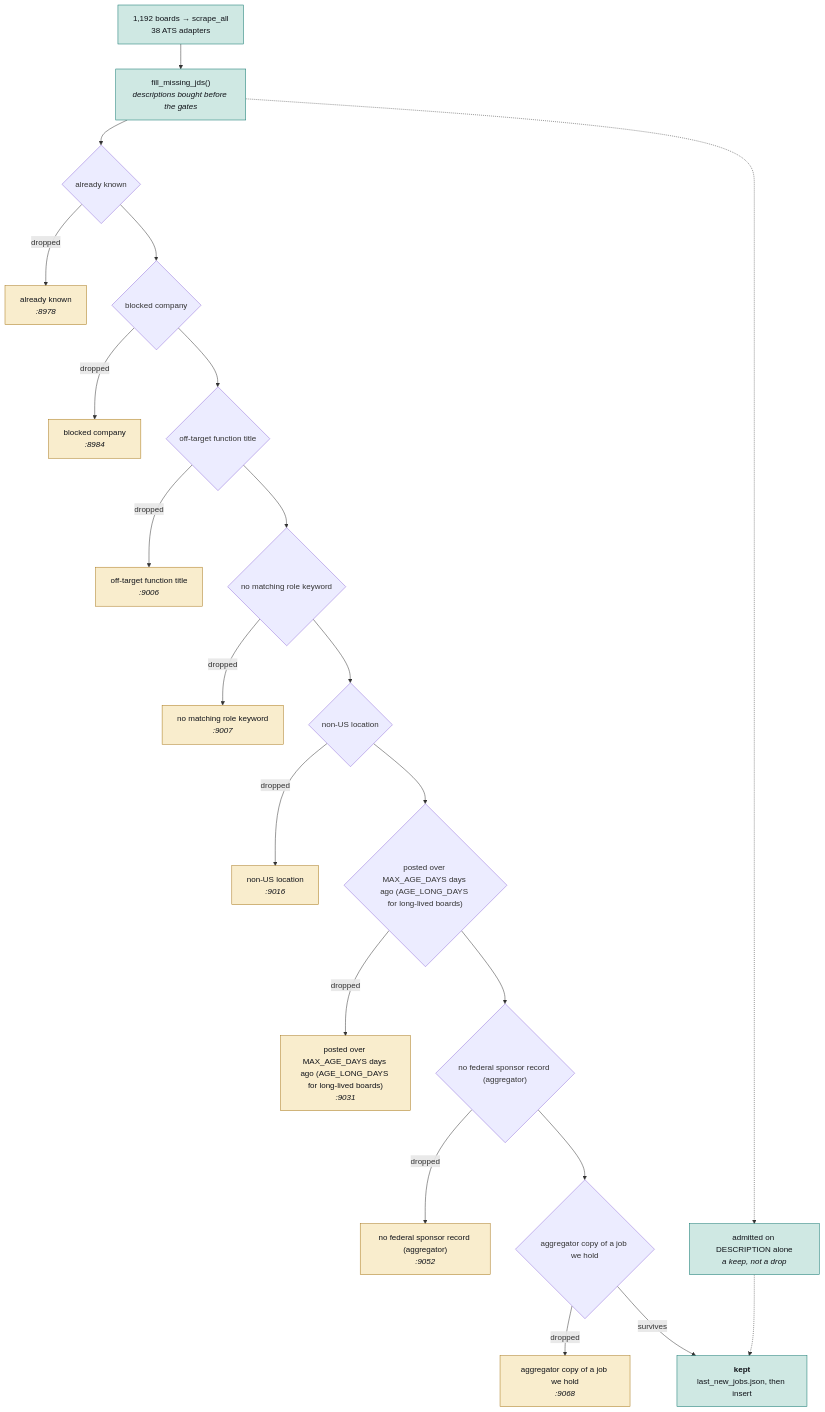
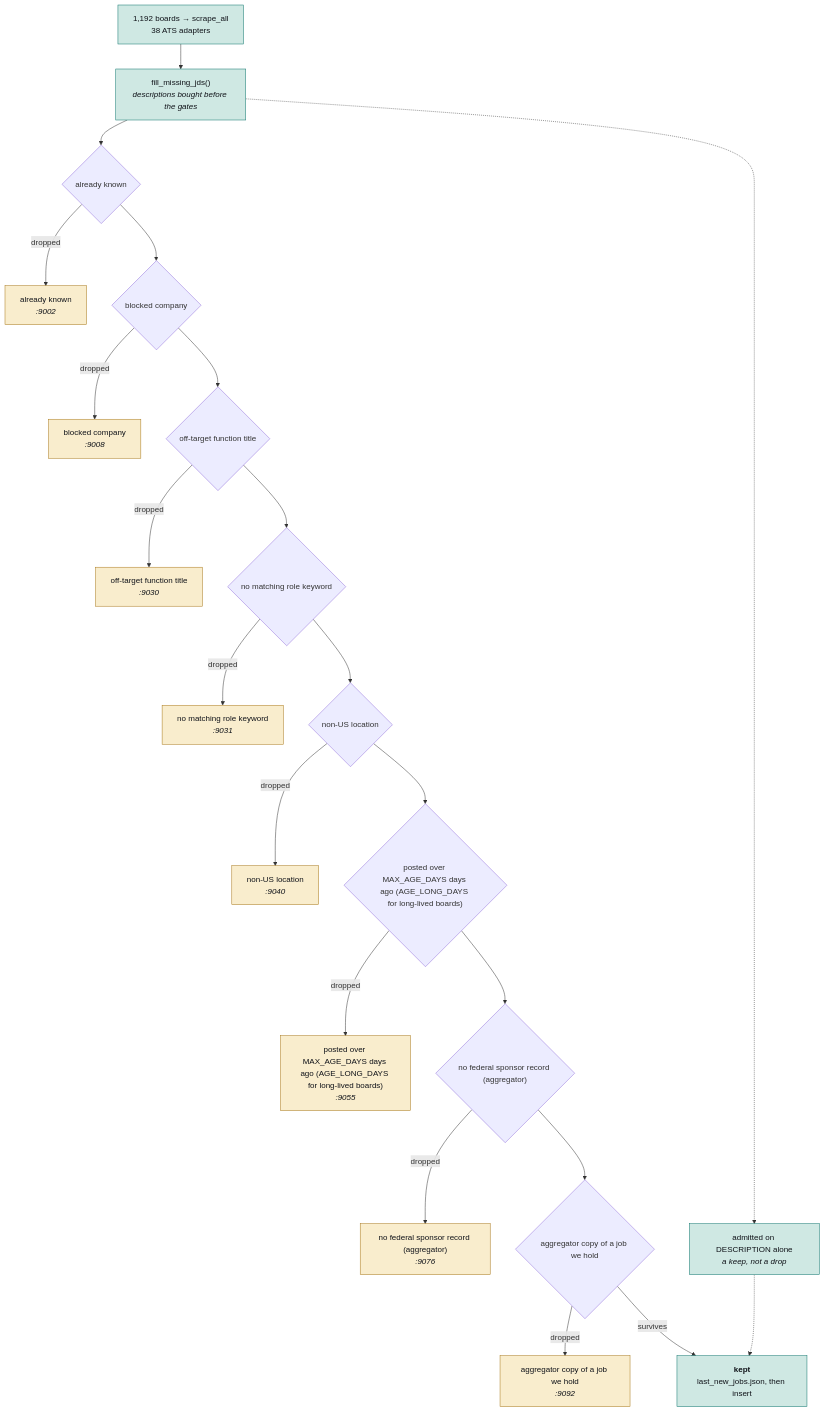
One commit to hadakunal909-debug/job-search-tool changed the second of 4 diagrams in JobMatch Scraper/docs/ARCHITECTURE.md. Above: the diagram before and after it, drawn with Mermaid. The commit also changed other lines of this file and 7 other files, not shown here.

````diff
--- a/JobMatch Scraper/docs/ARCHITECTURE.md
+++ b/JobMatch Scraper/docs/ARCHITECTURE.md
@@ -106,54 +106,54 @@
 ```mermaid
 flowchart TB
   SRC["1,192 boards → scrape_all<br/>38 ATS adapters"]
   JD["fill_missing_jds()<br/><i>descriptions bought before the gates</i>"]
   SRC --> JD
   G0{"already known"}
-  D0["already known<br/><i>:8978</i>"]
+  D0["already known<br/><i>:9002</i>"]
   JD --> G0
   G0 -->|dropped| D0
   class D0 trap
   G1{"blocked company"}
-  D1["blocked company<br/><i>:8984</i>"]
+  D1["blocked company<br/><i>:9008</i>"]
   G0 --> G1
   G1 -->|dropped| D1
   class D1 trap
   G2{"off-target function title"}
-  D2["off-target function title<br/><i>:9006</i>"]
+  D2["off-target function title<br/><i>:9030</i>"]
   G1 --> G2
   G2 -->|dropped| D2
   class D2 trap
   G3{"no matching role keyword"}
-  D3["no matching role keyword<br/><i>:9007</i>"]
+  D3["no matching role keyword<br/><i>:9031</i>"]
   G2 --> G3
   G3 -->|dropped| D3
   class D3 trap
   G4{"non-US location"}
-  D4["non-US location<br/><i>:9016</i>"]
+  D4["non-US location<br/><i>:9040</i>"]
   G3 --> G4
   G4 -->|dropped| D4
   class D4 trap
   G5{"posted over MAX_AGE_DAYS days ago (AGE_LONG_DAYS for long-lived boards)"}
-  D5["posted over MAX_AGE_DAYS days ago (AGE_LONG_DAYS for long-lived boards)<br/><i>:9031</i>"]
+  D5["posted over MAX_AGE_DAYS days ago (AGE_LONG_DAYS for long-lived boards)<br/><i>:9055</i>"]
   G4 --> G5
   G5 -->|dropped| D5
   class D5 trap
   G6{"no federal sponsor record (aggregator)"}
-  D6["no federal sponsor record (aggregator)<br/><i>:9052</i>"]
+  D6["no federal sponsor record (aggregator)<br/><i>:9076</i>"]
   G5 --> G6
   G6 -->|dropped| D6
   class D6 trap
   G7{"aggregator copy of a job we hold"}
-  D7["aggregator copy of a job we hold<br/><i>:9068</i>"]
+  D7["aggregator copy of a job we hold<br/><i>:9092</i>"]
   G6 --> G7
   G7 -->|dropped| D7
   class D7 trap
   KEEP["<b>kept</b><br/>last_new_jobs.json, then insert"]
   G7 -->|survives| KEEP
   RESCUE["admitted on DESCRIPTION alone<br/><i>a keep, not a drop</i>"]
   JD -.-> RESCUE
   RESCUE -.-> KEEP
   classDef trap fill:#f9edcd,stroke:#a8781a,color:#101319
   classDef sched fill:#cfe8e3,stroke:#0f766e,color:#101319
   class SRC,JD,KEEP,RESCUE sched
 ```
````
